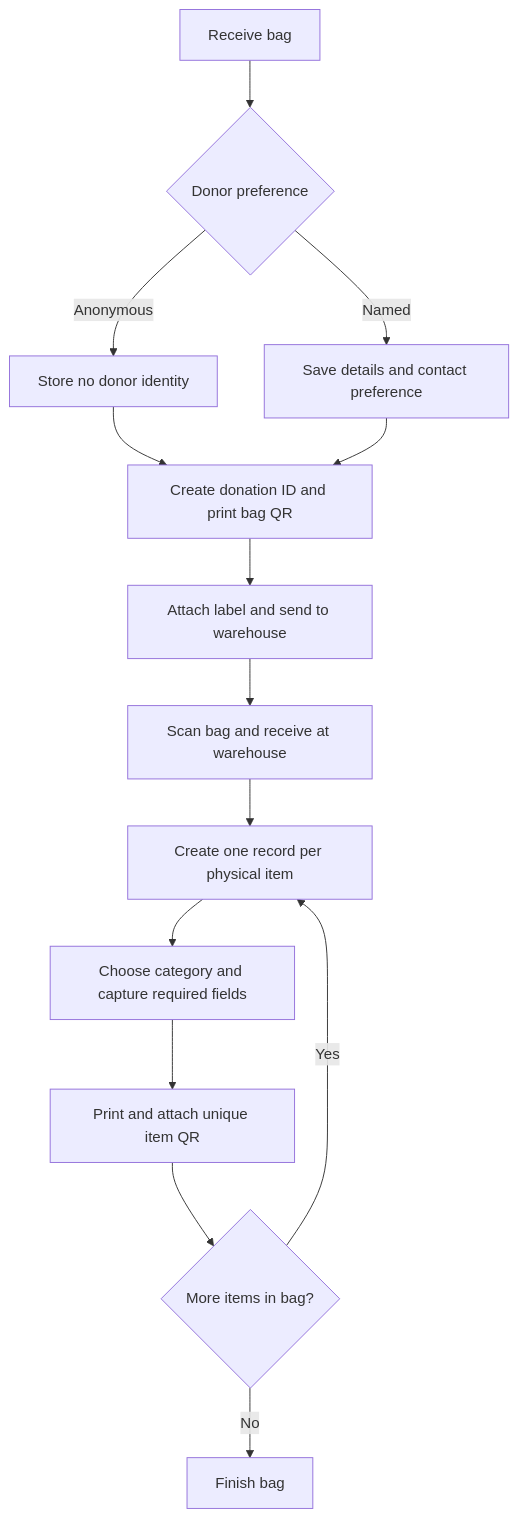
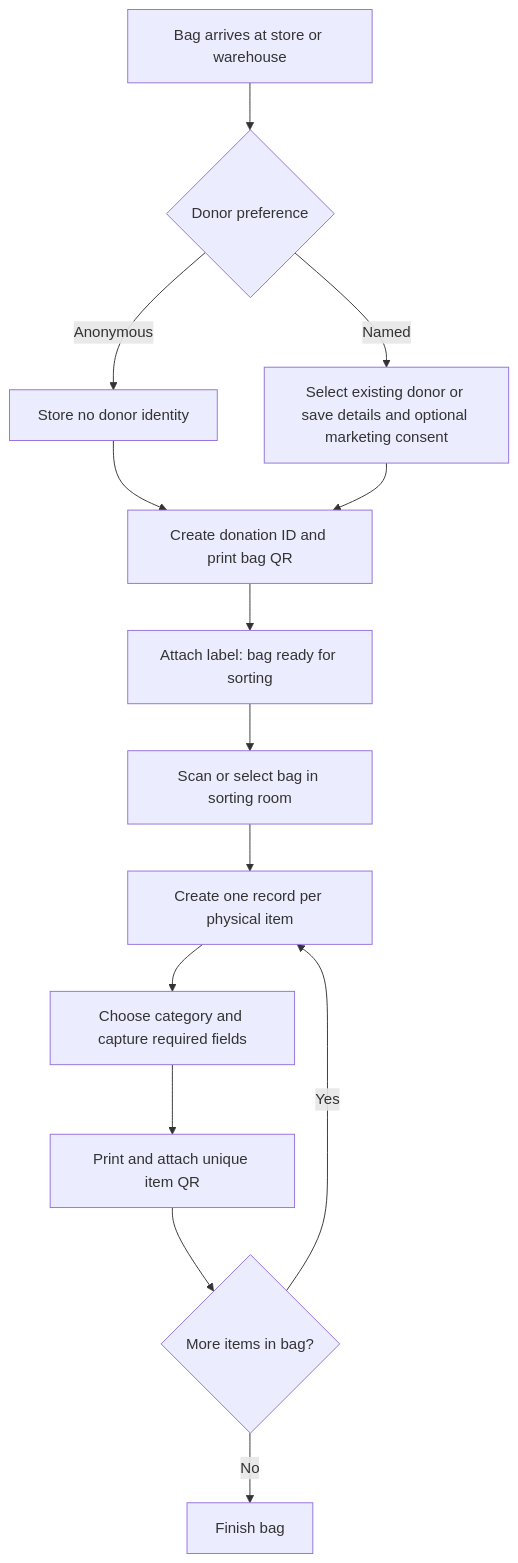
The first of 2 diagrams in docs/WORKFLOW.md (mikespence1/Stock_Management_TFG), drawn with Mermaid before and after one commit. The commit also changed other lines of this file and 26 other files, not shown here.

Commit message:
Add record editing, donor insights, consent and user guides

````diff
--- a/docs/WORKFLOW.md
+++ b/docs/WORKFLOW.md
@@ -13,16 +13,16 @@
 ```mermaid
 flowchart TD
-  A[Receive bag] --> B{Donor preference}
+  A[Bag arrives at store or warehouse] --> B{Donor preference}
   B -->|Anonymous| C[Store no donor identity]
-  B -->|Named| D[Save details and contact preference]
+  B -->|Named| D[Select existing donor or save details and optional marketing consent]
   C --> E[Create donation ID and print bag QR]
   D --> E
-  E --> F[Attach label and send to warehouse]
-  F --> G[Scan bag and receive at warehouse]
+  E --> F[Attach label: bag ready for sorting]
+  F --> G[Scan or select bag in sorting room]
   G --> H[Create one record per physical item]
   H --> I[Choose category and capture required fields]
   I --> J[Print and attach unique item QR]
   J --> K{More items in bag?}
   K -->|Yes| H
   K -->|No| L[Finish bag]
 ```
````
